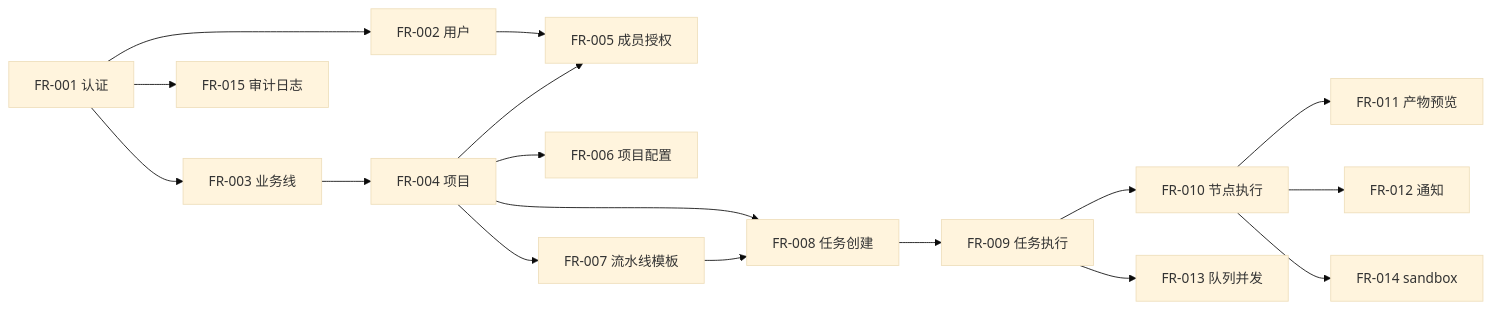
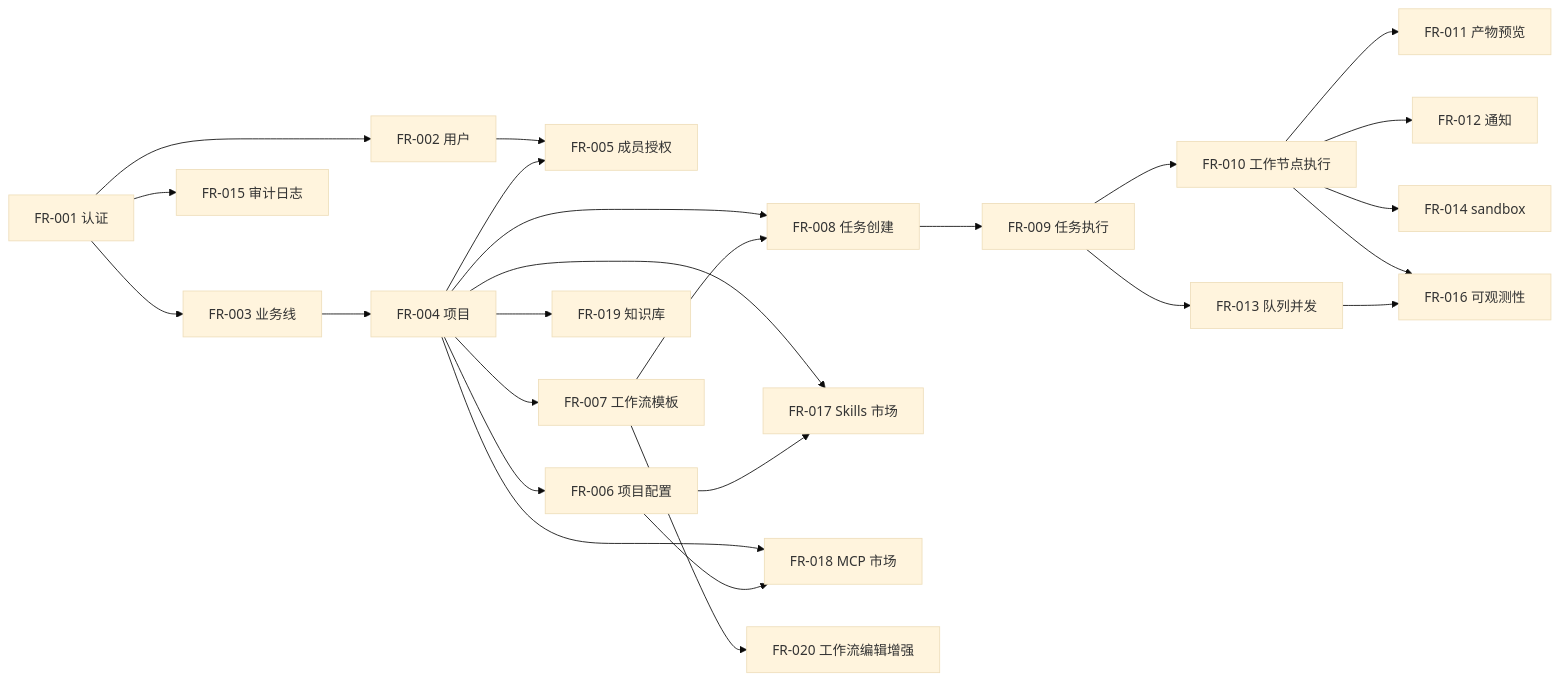
The fifth of 13 diagrams in docs/ainative-requirement-design.md (Whisper24X/personal), drawn with Mermaid (base theme) before and after one commit. The commit also changed other lines of this file and 12 other files, not shown here.

````diff
--- a/docs/ainative-requirement-design.md
+++ b/docs/ainative-requirement-design.md
@@ -337,19 +364,27 @@
 ```mermaid
 flowchart LR
     FR001[FR-001 认证] --> FR002[FR-002 用户]
     FR001 --> FR003[FR-003 业务线]
     FR003 --> FR004[FR-004 项目]
     FR002 --> FR005[FR-005 成员授权]
     FR004 --> FR005
     FR004 --> FR006[FR-006 项目配置]
-    FR004 --> FR007[FR-007 流水线模板]
+    FR004 --> FR007[FR-007 工作流模板]
     FR004 --> FR008[FR-008 任务创建]
     FR007 --> FR008
     FR008 --> FR009[FR-009 任务执行]
-    FR009 --> FR010[FR-010 节点执行]
+    FR009 --> FR010[FR-010 工作节点执行]
     FR010 --> FR011[FR-011 产物预览]
     FR010 --> FR012[FR-012 通知]
     FR009 --> FR013[FR-013 队列并发]
     FR010 --> FR014[FR-014 sandbox]
     FR001 --> FR015[FR-015 审计日志]
+    FR010 --> FR016[FR-016 可观测性]
+    FR013 --> FR016
+    FR004 --> FR017[FR-017 Skills 市场]
+    FR006 --> FR017
+    FR004 --> FR018[FR-018 MCP 市场]
+    FR006 --> FR018
+    FR004 --> FR019[FR-019 知识库]
+    FR007 --> FR020[FR-020 工作流编辑增强]
 ```
````
